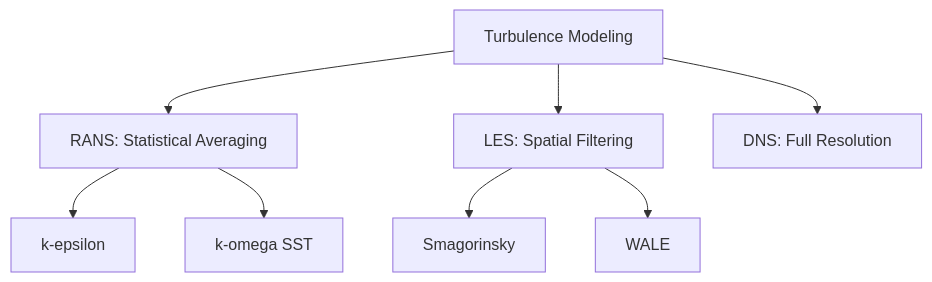
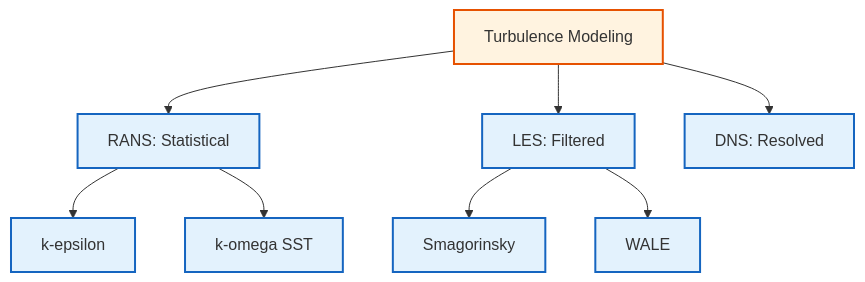
The diagram in MODULE_03_SINGLE_PHASE_FLOW/CONTENT/03_TURBULENCE_MODELING/00_Overview.md (wramet/build-my-cfd), drawn with Mermaid before and after one commit. The commit also changed 313 other files, not shown here.

Commit message:
Revise all diagram

````diff
--- a/MODULE_03_SINGLE_PHASE_FLOW/CONTENT/03_TURBULENCE_MODELING/00_Overview.md
+++ b/MODULE_03_SINGLE_PHASE_FLOW/CONTENT/03_TURBULENCE_MODELING/00_Overview.md
@@ -112,10 +112,14 @@
 ```mermaid
 flowchart TD
-    A[Turbulence Modeling] --> B[RANS: Statistical Averaging]
-    A --> C[LES: Spatial Filtering]
-    A --> D[DNS: Full Resolution]
-    B --> B1[k-epsilon]
-    B --> B2[k-omega SST]
-    C --> C1[Smagorinsky]
-    C --> C2[WALE]
+%% Classes
+classDef explicit fill:#fff3e0,stroke:#e65100,stroke-width:2px;
+classDef implicit fill:#e3f2fd,stroke:#1565c0,stroke-width:2px;
+%% Nodes
+A[Turbulence Modeling]:::explicit --> B[RANS: Statistical]:::implicit
+A --> C[LES: Filtered]:::implicit
+A --> D[DNS: Resolved]:::implicit
+B --> B1[k-epsilon]:::implicit
+B --> B2[k-omega SST]:::implicit
+C --> C1[Smagorinsky]:::implicit
+C --> C2[WALE]:::implicit
 ```
````
